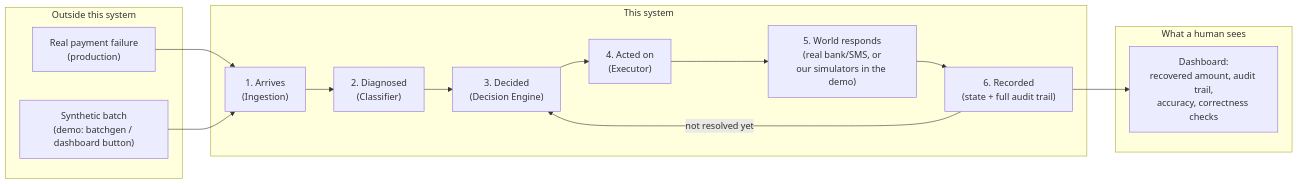
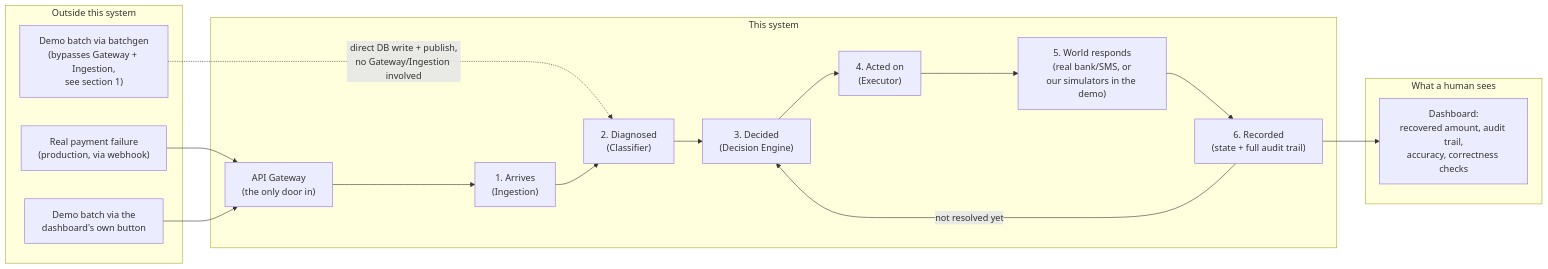
The diagram in docs/DATA_FLOW.md (thisizaro/Momotaro), drawn with Mermaid before and after one commit. The commit also changed other lines of this file and 1 other file, not shown here.

First line of the commit message:
docs: fix DATA_FLOW.md skipping API Gateway; mark unverified edits

````diff
--- a/docs/DATA_FLOW.md
+++ b/docs/DATA_FLOW.md
@@ -118,26 +152,30 @@
 ```mermaid
 flowchart LR
     subgraph outside["Outside this system"]
-        RZP["Real payment failure\n(production)"]
-        GEN["Synthetic batch\n(demo: batchgen / dashboard button)"]
+        RZP["Real payment failure\n(production, via webhook)"]
+        BTN["Demo batch via the\ndashboard's own button"]
+        GEN["Demo batch via batchgen\n(bypasses Gateway + Ingestion,\nsee section 1)"]
     end
 
     subgraph pipeline["This system"]
+        GW["API Gateway\n(the only door in)"]
         IN["1. Arrives\n(Ingestion)"]
         DX["2. Diagnosed\n(Classifier)"]
         DEC["3. Decided\n(Decision Engine)"]
         ACT["4. Acted on\n(Executor)"]
         RESP["5. World responds\n(real bank/SMS, or\nour simulators in the demo)"]
         REC["6. Recorded\n(state + full audit trail)"]
     end
 
     subgraph out["What a human sees"]
         DASH["Dashboard:\nrecovered amount, audit trail,\naccuracy, correctness checks"]
     end
 
-    RZP --> IN
-    GEN --> IN
+    RZP --> GW
+    BTN --> GW
+    GW --> IN
+    GEN -.->|"direct DB write + publish,\nno Gateway/Ingestion involved"| DX
     IN --> DX --> DEC --> ACT --> RESP --> REC
     REC -->|not resolved yet| DEC
     REC --> DASH
 ```
````
